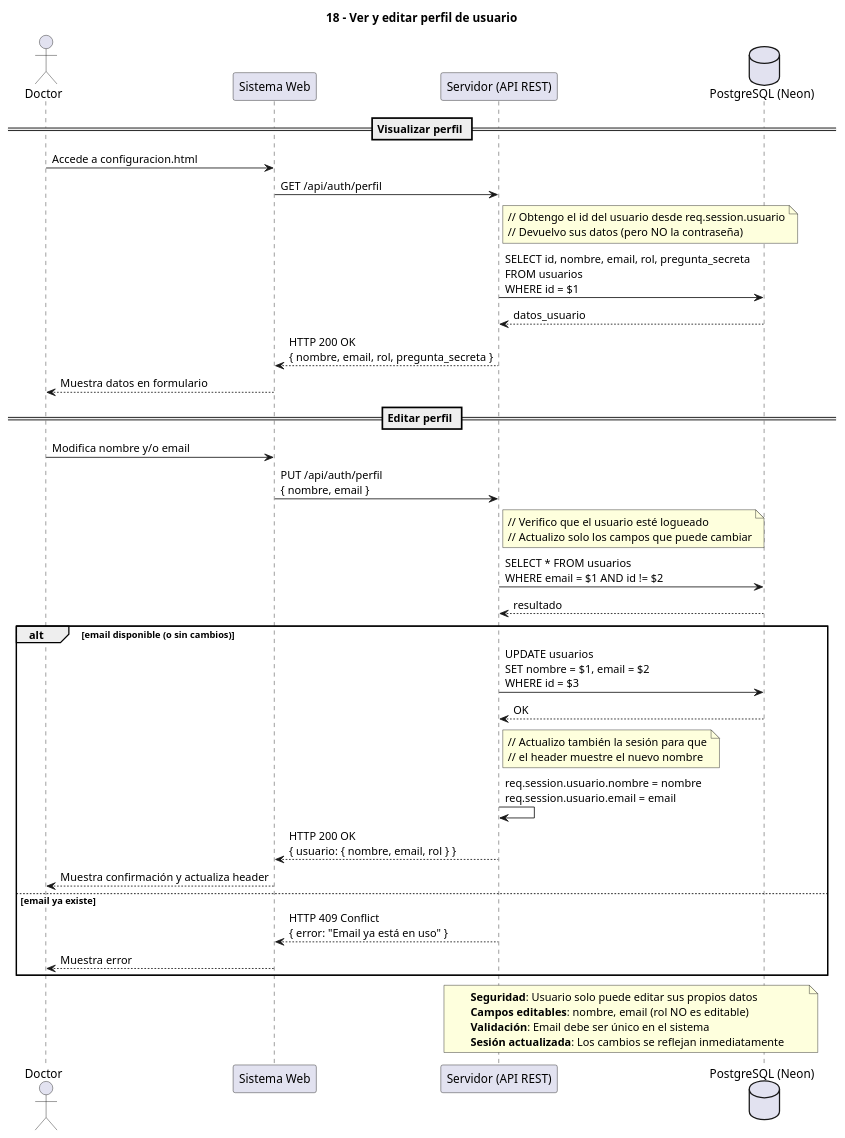
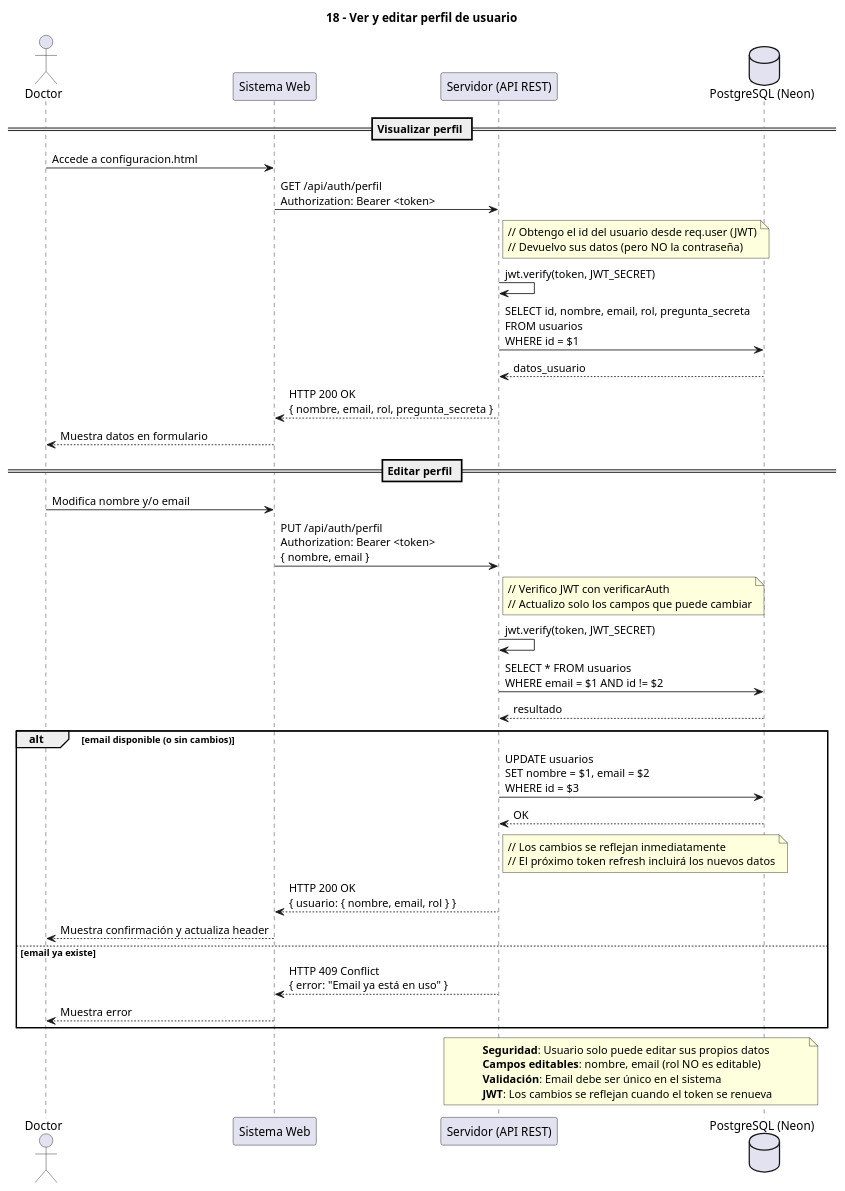
One commit to marcostoledo96/mvp_historias-clinicas changed the diagram in docs/18_perfil_usuario.puml. Above: the diagram before and after it, drawn with PlantUML. The commit also changed 49 other files, not shown here.

```diff
--- a/docs/18_perfil_usuario.puml
+++ b/docs/18_perfil_usuario.puml
@@ -1,66 +1,68 @@
 @startuml
 ' Diagrama 18 - Ver y editar perfil de usuario
 ' Usuario puede ver y actualizar sus datos personales
 title 18 - Ver y editar perfil de usuario
 
 actor Doctor
 participant "Sistema Web" as Web
 participant "Servidor (API REST)" as Server
 database "PostgreSQL (Neon)" as DB
 
 == Visualizar perfil ==
 
 Doctor -> Web : Accede a configuracion.html
-Web -> Server : GET /api/auth/perfil
+Web -> Server : GET /api/auth/perfil\nAuthorization: Bearer <token>
 
 note right of Server
-  // Obtengo el id del usuario desde req.session.usuario
+  // Obtengo el id del usuario desde req.user (JWT)
   // Devuelvo sus datos (pero NO la contraseña)
 end note
+
+Server -> Server : jwt.verify(token, JWT_SECRET)
 
 Server -> DB : SELECT id, nombre, email, rol, pregunta_secreta\nFROM usuarios\nWHERE id = $1
 DB --> Server : datos_usuario
 
 Server --> Web : HTTP 200 OK\n{ nombre, email, rol, pregunta_secreta }
 Web --> Doctor : Muestra datos en formulario
 
 == Editar perfil ==
 
 Doctor -> Web : Modifica nombre y/o email
-Web -> Server : PUT /api/auth/perfil\n{ nombre, email }
+Web -> Server : PUT /api/auth/perfil\nAuthorization: Bearer <token>\n{ nombre, email }
 
 note right of Server
-  // Verifico que el usuario esté logueado
+  // Verifico JWT con verificarAuth
   // Actualizo solo los campos que puede cambiar
 end note
+
+Server -> Server : jwt.verify(token, JWT_SECRET)
 
 Server -> DB : SELECT * FROM usuarios\nWHERE email = $1 AND id != $2
 DB --> Server : resultado
 
 alt email disponible (o sin cambios)
   Server -> DB : UPDATE usuarios\nSET nombre = $1, email = $2\nWHERE id = $3
   DB --> Server : OK
   
   note right of Server
-    // Actualizo también la sesión para que
-    // el header muestre el nuevo nombre
+    // Los cambios se reflejan inmediatamente
+    // El próximo token refresh incluirá los nuevos datos
   end note
-  
-  Server -> Server : req.session.usuario.nombre = nombre\nreq.session.usuario.email = email
   
   Server --> Web : HTTP 200 OK\n{ usuario: { nombre, email, rol } }
   Web --> Doctor : Muestra confirmación y actualiza header
   
 else email ya existe
   Server --> Web : HTTP 409 Conflict\n{ error: "Email ya está en uso" }
   Web --> Doctor : Muestra error
 end
 
 note over Server, DB
   **Seguridad**: Usuario solo puede editar sus propios datos
   **Campos editables**: nombre, email (rol NO es editable)
   **Validación**: Email debe ser único en el sistema
-  **Sesión actualizada**: Los cambios se reflejan inmediatamente
+  **JWT**: Los cambios se reflejan cuando el token se renueva
 end note
 
 @enduml
```
